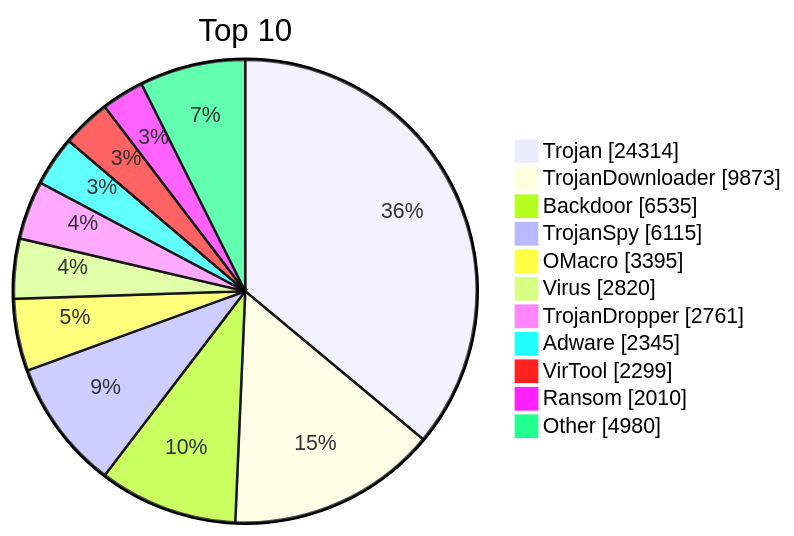
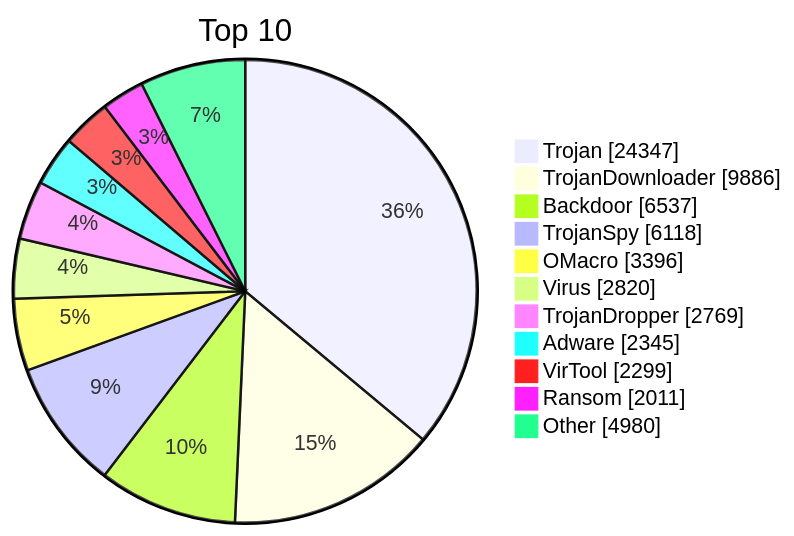
One commit to JerryLinLinLin/huorong-virdb-changelog changed the diagram in README.md. Above: the diagram before and after it, drawn with Mermaid. The commit also changed other lines of this file and 14 other files, not shown here.

````diff
--- a/README.md
+++ b/README.md
@@ -19,15 +19,15 @@
 ```mermaid
 pie showData
     title Top 10
-    "Trojan" : 24314
-    "TrojanDownloader" : 9873
-    "Backdoor" : 6535
-    "TrojanSpy" : 6115
-    "OMacro" : 3395
+    "Trojan" : 24347
+    "TrojanDownloader" : 9886
+    "Backdoor" : 6537
+    "TrojanSpy" : 6118
+    "OMacro" : 3396
     "Virus" : 2820
-    "TrojanDropper" : 2761
+    "TrojanDropper" : 2769
     "Adware" : 2345
     "VirTool" : 2299
-    "Ransom" : 2010
+    "Ransom" : 2011
     "Other" : 4980
 ```
````
